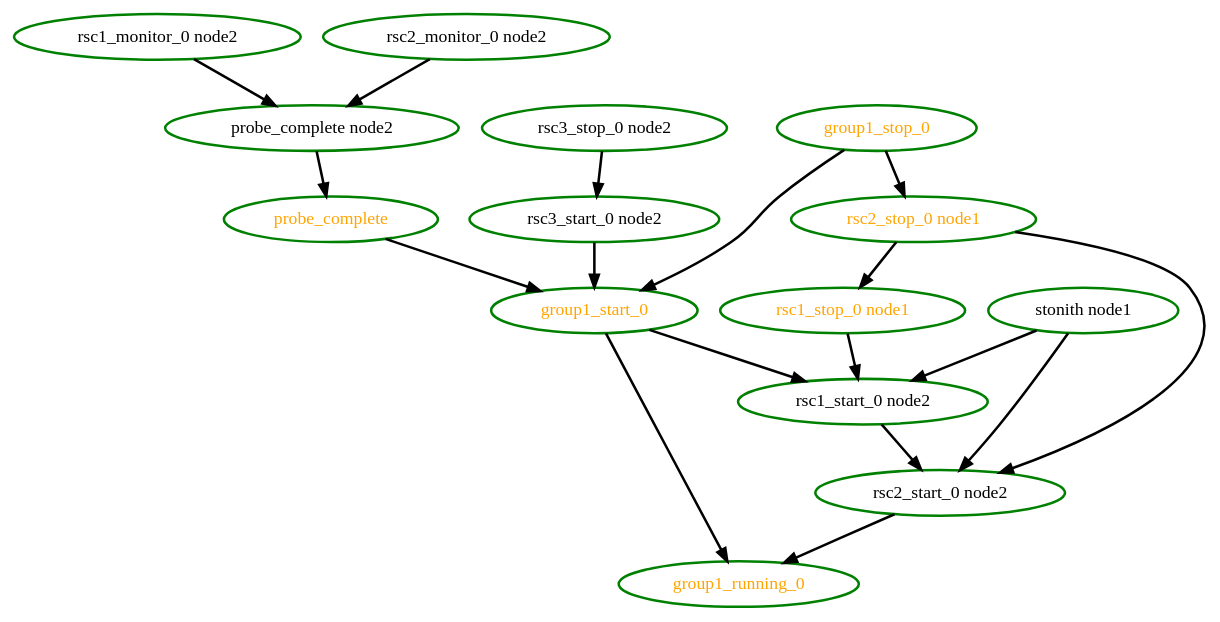
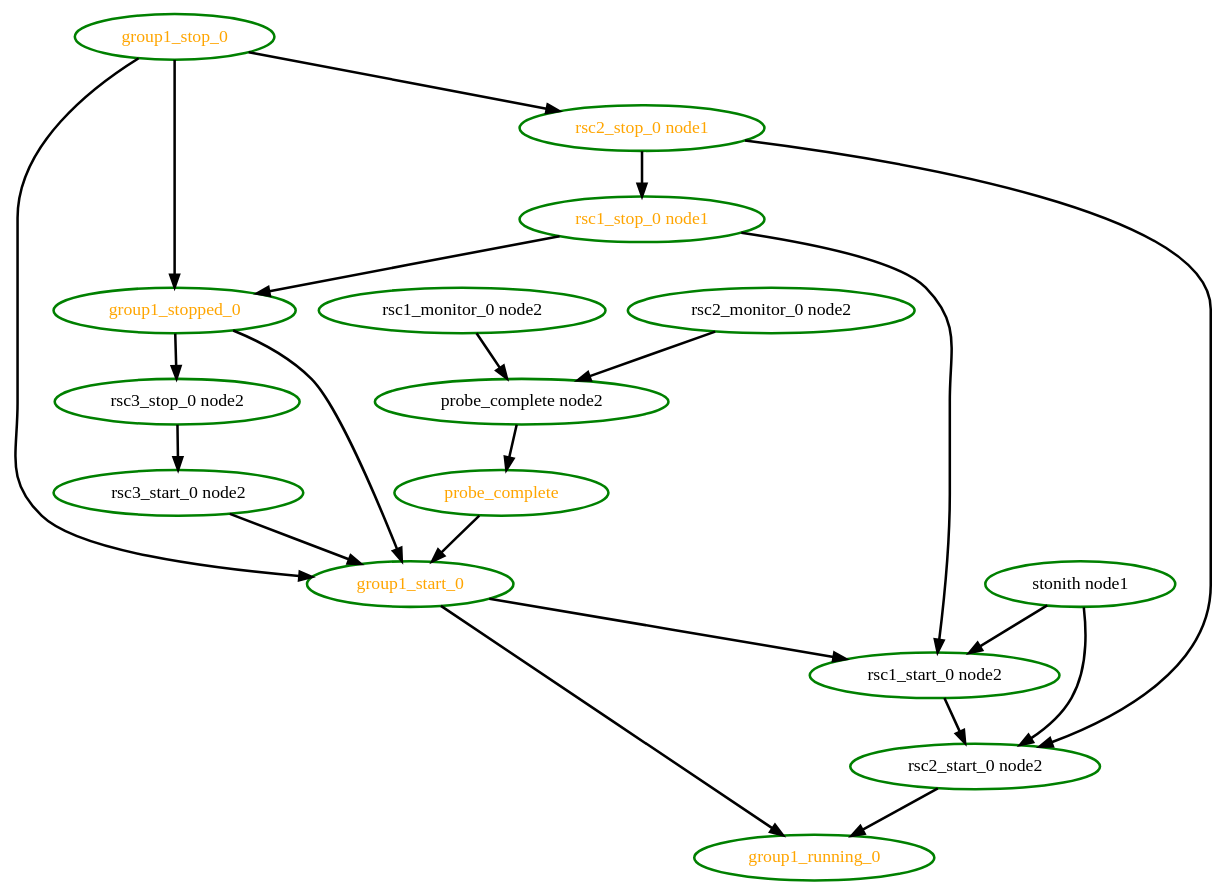
One commit to richiewen8/heartbeat changed the diagram in crm/pengine/testcases/rec-node-11.dot. Above: the diagram before and after it, drawn with Graphviz. The commit also changed 5 other files, not shown here.

```diff
--- a/crm/pengine/testcases/rec-node-11.dot
+++ b/crm/pengine/testcases/rec-node-11.dot
@@ -1,33 +1,38 @@
  digraph "g" {
 "group1_running_0" [ style=bold color="green" fontcolor="orange" ]
 "group1_start_0" -> "group1_running_0" [ style = bold]
 "group1_start_0" -> "rsc1_start_0 node2" [ style = bold]
 "group1_start_0" [ style=bold color="green" fontcolor="orange" ]
 "group1_stop_0" -> "group1_start_0" [ style = bold]
+"group1_stop_0" -> "group1_stopped_0" [ style = bold]
 "group1_stop_0" -> "rsc2_stop_0 node1" [ style = bold]
 "group1_stop_0" [ style=bold color="green" fontcolor="orange" ]
+"group1_stopped_0" -> "group1_start_0" [ style = bold]
+"group1_stopped_0" -> "rsc3_stop_0 node2" [ style = bold]
+"group1_stopped_0" [ style=bold color="green" fontcolor="orange" ]
 "probe_complete node2" -> "probe_complete" [ style = bold]
 "probe_complete node2" [ style=bold color="green" fontcolor="black" ]
 "probe_complete" -> "group1_start_0" [ style = bold]
 "probe_complete" [ style=bold color="green" fontcolor="orange" ]
 "rsc1_monitor_0 node2" -> "probe_complete node2" [ style = bold]
 "rsc1_monitor_0 node2" [ style=bold color="green" fontcolor="black" ]
 "rsc1_start_0 node2" -> "rsc2_start_0 node2" [ style = bold]
 "rsc1_start_0 node2" [ style=bold color="green" fontcolor="black" ]
+"rsc1_stop_0 node1" -> "group1_stopped_0" [ style = bold]
 "rsc1_stop_0 node1" -> "rsc1_start_0 node2" [ style = bold]
 "rsc1_stop_0 node1" [ style=bold color="green" fontcolor="orange" ]
 "rsc2_monitor_0 node2" -> "probe_complete node2" [ style = bold]
 "rsc2_monitor_0 node2" [ style=bold color="green" fontcolor="black" ]
 "rsc2_start_0 node2" -> "group1_running_0" [ style = bold]
 "rsc2_start_0 node2" [ style=bold color="green" fontcolor="black" ]
 "rsc2_stop_0 node1" -> "rsc1_stop_0 node1" [ style = bold]
 "rsc2_stop_0 node1" -> "rsc2_start_0 node2" [ style = bold]
 "rsc2_stop_0 node1" [ style=bold color="green" fontcolor="orange" ]
 "rsc3_start_0 node2" -> "group1_start_0" [ style = bold]
 "rsc3_start_0 node2" [ style=bold color="green" fontcolor="black" ]
 "rsc3_stop_0 node2" -> "rsc3_start_0 node2" [ style = bold]
 "rsc3_stop_0 node2" [ style=bold color="green" fontcolor="black" ]
 "stonith node1" -> "rsc1_start_0 node2" [ style = bold]
 "stonith node1" -> "rsc2_start_0 node2" [ style = bold]
 "stonith node1" [ style=bold color="green" fontcolor="black" ]
 }
```
